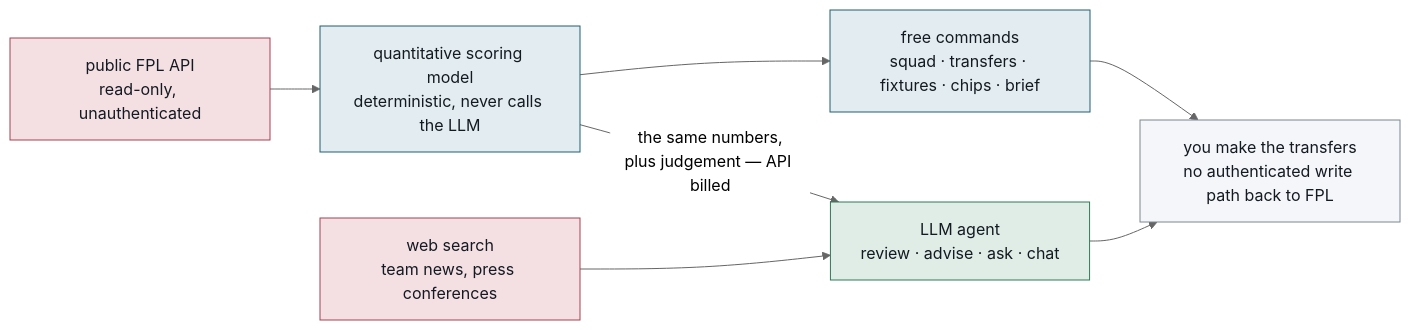
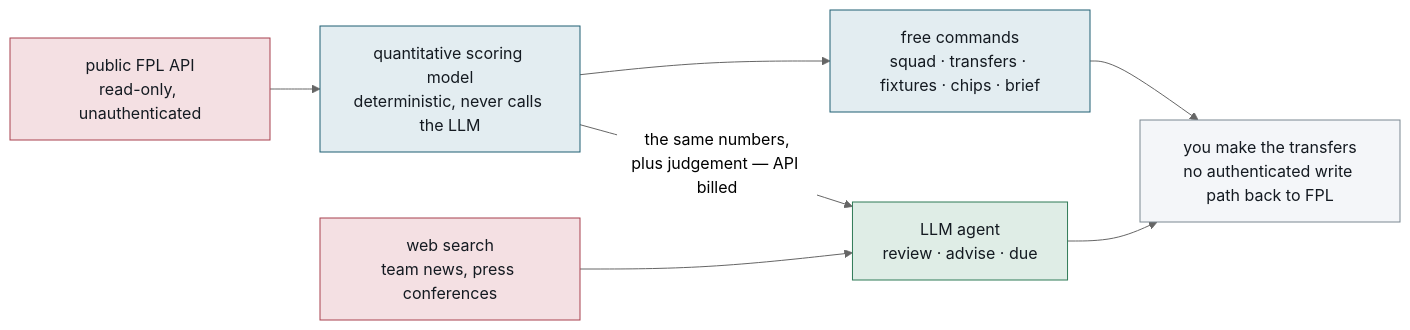
The first of 3 diagrams in README.md (beeradb/FPL-Armband), drawn with Mermaid (neutral theme) before and after one commit. The commit also changed other lines of this file and 10 other files, not shown here.

````diff
--- a/README.md
+++ b/README.md
@@ -28,25 +28,25 @@
 ```mermaid
 flowchart LR
     api["public FPL API<br/>read-only, unauthenticated"]
     engine["quantitative scoring model<br/>deterministic, never calls the LLM"]
     freecmds["free commands<br/>squad · transfers · fixtures · chips · brief"]
-    agentloop["LLM agent<br/>review · advise · ask · chat"]
+    agentloop["LLM agent<br/>review · advise · due"]
     search["web search<br/>team news, press conferences"]
     you["you make the transfers<br/>no authenticated write path back to FPL"]
 
     api --> engine
     engine --> freecmds
     engine -->|"the same numbers,<br/>plus judgement — API billed"| agentloop
     search --> agentloop
     freecmds --> you
     agentloop --> you
 
     classDef io fill:#F4E0E3,stroke:#A8404E,color:#141A21
     classDef pure fill:#E3EDF1,stroke:#1F5F73,color:#141A21
     classDef llm fill:#DFEDE6,stroke:#2F7A57,color:#141A21
     classDef muted fill:#F4F6F9,stroke:#7A8791,color:#141A21
     class api,search io
     class engine,freecmds pure
     class agentloop llm
     class you muted
 ```
````
